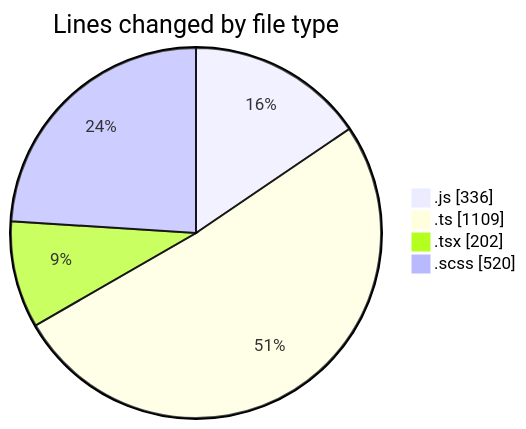
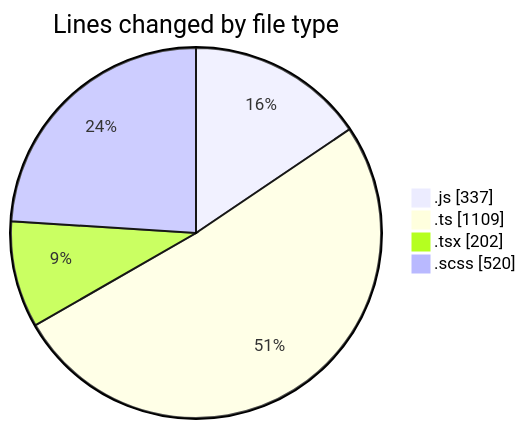
The first of 2 diagrams in 2025-06-18/cda/README.md (momahboobian/code-tracking), drawn with Mermaid before and after one commit. The commit also changed other lines of this file and 1 other file, not shown here.

````diff
--- a/2025-06-18/cda/README.md
+++ b/2025-06-18/cda/README.md
@@ -40,8 +40,8 @@
 ```mermaid
 pie showData
 title Lines changed by file type
-".js" : 336
+".js" : 337
 ".ts" : 1109
 ".tsx" : 202
 ".scss" : 520
 ```
````
